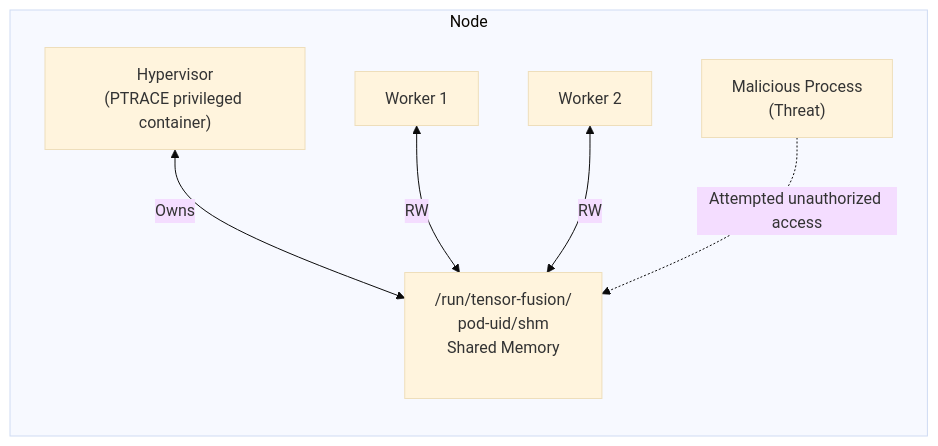
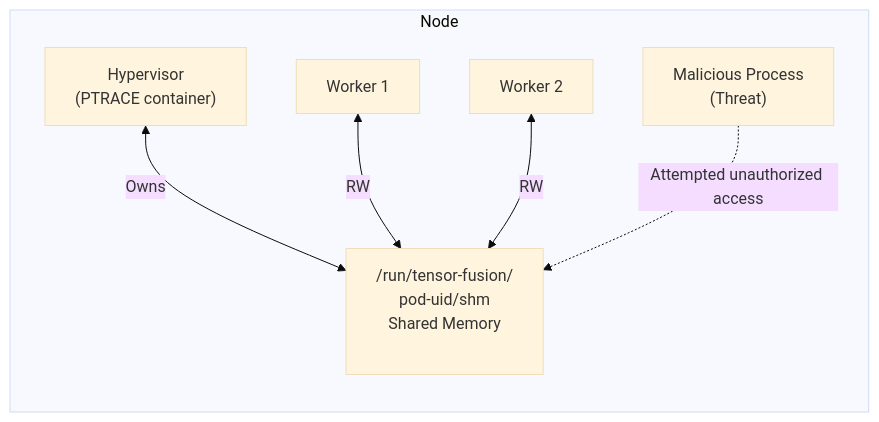
Before and after one commit to NexusGPU/tensor-fusion-site: the third of 4 diagrams in docs/en/reference/security-whitepaper.md, drawn with Mermaid (base theme).

````diff
--- a/docs/en/reference/security-whitepaper.md
+++ b/docs/en/reference/security-whitepaper.md
@@ -202,15 +202,15 @@
 ```mermaid
 graph LR
     subgraph "Node"
-        Hypervisor["Hypervisor<br/>(PTRACE privileged container)"]
+        Hypervisor["Hypervisor<br/>(PTRACE container)"]
         Worker1["Worker 1"]
         Worker2["Worker 2"] 
         SharedMem["/run/tensor-fusion/<br/>pod-uid/shm<br/>Shared Memory<br/><br/>"]
         MaliciousProc["Malicious Process<br/>(Threat)"]
     end
     
     Hypervisor <-->|"Owns"| SharedMem
     Worker1 <-->|"RW"| SharedMem  
     Worker2 <-->|"RW"| SharedMem
     MaliciousProc -.->|"Attempted unauthorized access"| SharedMem
 ```
````
